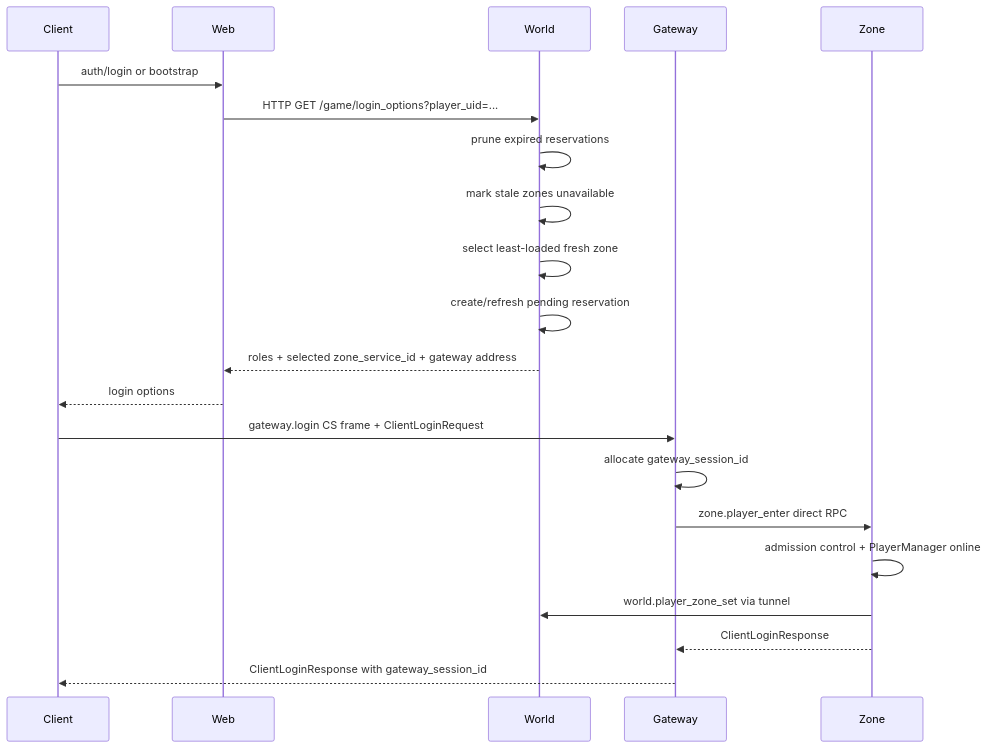
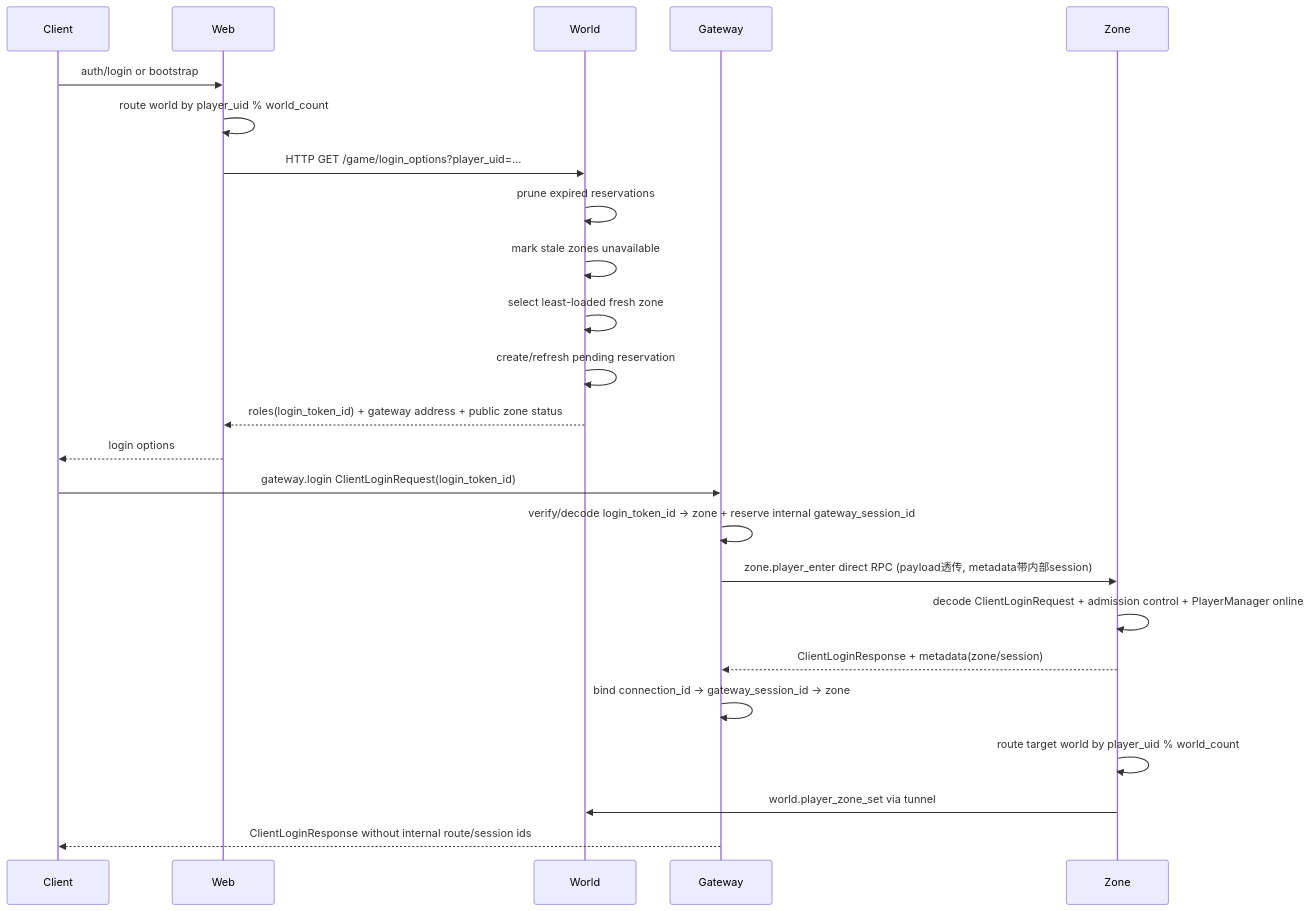
Before and after one commit to freshman1997/server-lib: the third of 4 diagrams in libs/game/server/README.md, drawn with Mermaid. The commit also changed other lines of this file and 138 other files, not shown here.

````diff
--- a/libs/game/server/README.md
+++ b/libs/game/server/README.md
@@ -187,25 +222,28 @@
 ```mermaid
 sequenceDiagram
     participant C as Client
     participant Wb as Web
     participant Wo as World
     participant Gw as Gateway
     participant Zn as Zone
 
     C->>Wb: auth/login or bootstrap
+    Wb->>Wb: route world by player_uid % world_count
     Wb->>Wo: HTTP GET /game/login_options?player_uid=...
     Wo->>Wo: prune expired reservations
     Wo->>Wo: mark stale zones unavailable
     Wo->>Wo: select least-loaded fresh zone
     Wo->>Wo: create/refresh pending reservation
-    Wo-->>Wb: roles + selected zone_service_id + gateway address
+    Wo-->>Wb: roles(login_token_id) + gateway address + public zone status
     Wb-->>C: login options
 
-    C->>Gw: gateway.login CS frame + ClientLoginRequest
-    Gw->>Gw: allocate gateway_session_id
-    Gw->>Zn: zone.player_enter direct RPC
-    Zn->>Zn: admission control + PlayerManager online
+    C->>Gw: gateway.login ClientLoginRequest(login_token_id)
+    Gw->>Gw: verify/decode login_token_id -> zone + reserve internal gateway_session_id
+    Gw->>Zn: zone.player_enter direct RPC (payload透传, metadata带内部session)
+    Zn->>Zn: decode ClientLoginRequest + admission control + PlayerManager online
+    Zn-->>Gw: ClientLoginResponse + metadata(zone/session)
+    Gw->>Gw: bind connection_id -> gateway_session_id -> zone
+    Zn->>Zn: route target world by player_uid % world_count
     Zn->>Wo: world.player_zone_set via tunnel
-    Zn-->>Gw: ClientLoginResponse
-    Gw-->>C: ClientLoginResponse with gateway_session_id
+    Gw-->>C: ClientLoginResponse without internal route/session ids
 ```
````
